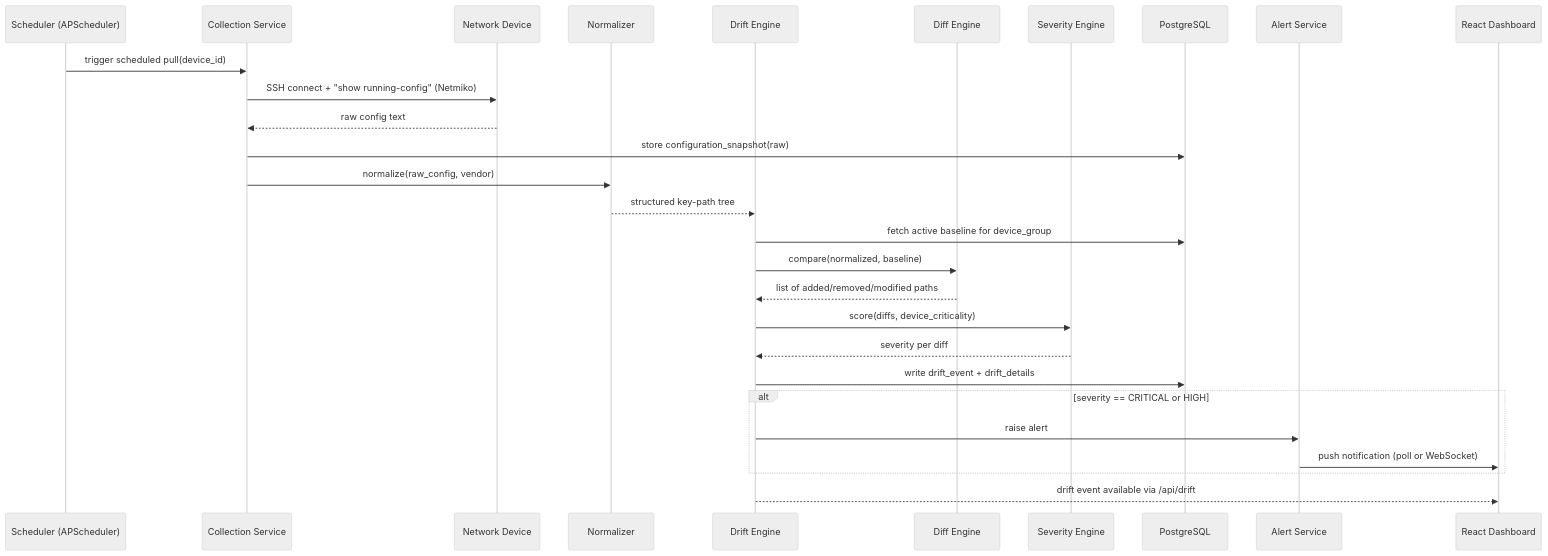
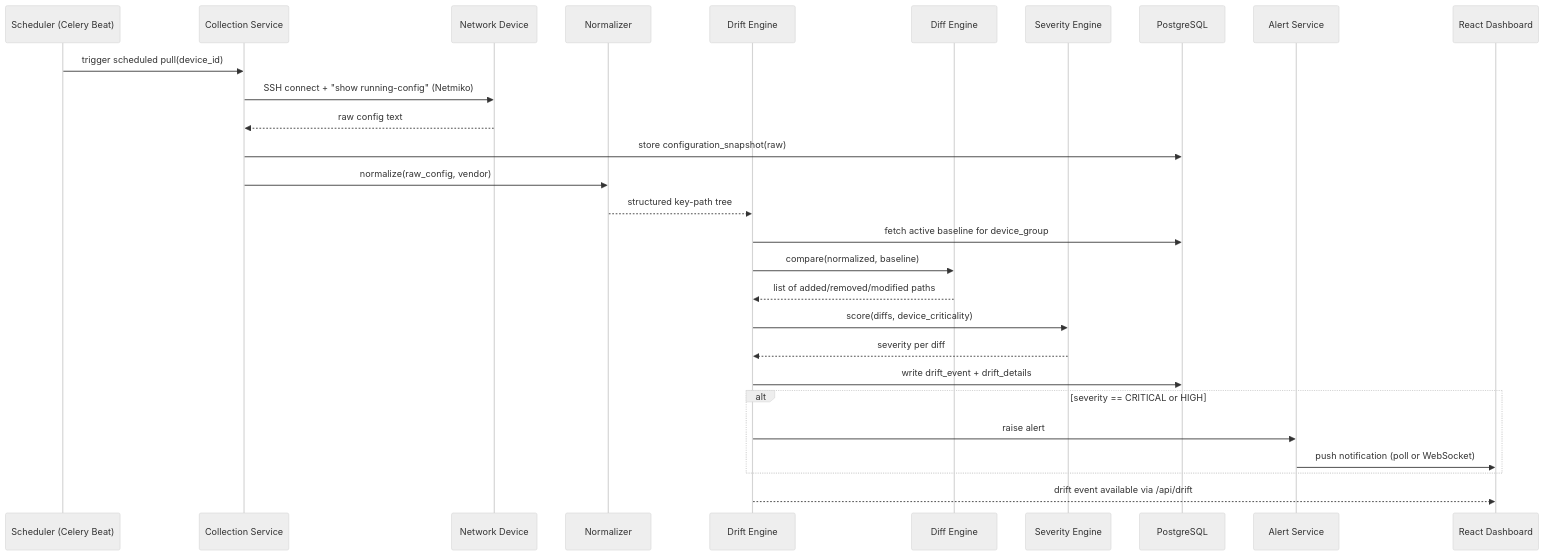
One commit to NitikasriJeyanAchary0109/campus-drift changed the second of 7 diagrams in docs/architecture.md. Above: the diagram before and after it, drawn with Mermaid (neutral theme). The commit also changed other lines of this file and 296 other files, not shown here.

````diff
--- a/docs/architecture.md
+++ b/docs/architecture.md
@@ -79,31 +79,31 @@
 ```mermaid
 sequenceDiagram
-    participant SCH as Scheduler (APScheduler)
+    participant SCH as Scheduler (Celery Beat)
     participant COLL as Collection Service
     participant NET as Network Device
     participant NORM as Normalizer
     participant DRIFT as Drift Engine
     participant DIFF as Diff Engine
     participant RISK as Severity Engine
     participant DB as PostgreSQL
     participant ALERT as Alert Service
     participant FE as React Dashboard
 
     SCH->>COLL: trigger scheduled pull(device_id)
     COLL->>NET: SSH connect + "show running-config" (Netmiko)
     NET-->>COLL: raw config text
     COLL->>DB: store configuration_snapshot(raw)
     COLL->>NORM: normalize(raw_config, vendor)
     NORM-->>DRIFT: structured key-path tree
     DRIFT->>DB: fetch active baseline for device_group
     DRIFT->>DIFF: compare(normalized, baseline)
     DIFF-->>DRIFT: list of added/removed/modified paths
     DRIFT->>RISK: score(diffs, device_criticality)
     RISK-->>DRIFT: severity per diff
     DRIFT->>DB: write drift_event + drift_details
     alt severity == CRITICAL or HIGH
         DRIFT->>ALERT: raise alert
         ALERT->>FE: push notification (poll or WebSocket)
     end
     DRIFT-->>FE: drift event available via /api/drift
 ```
````
